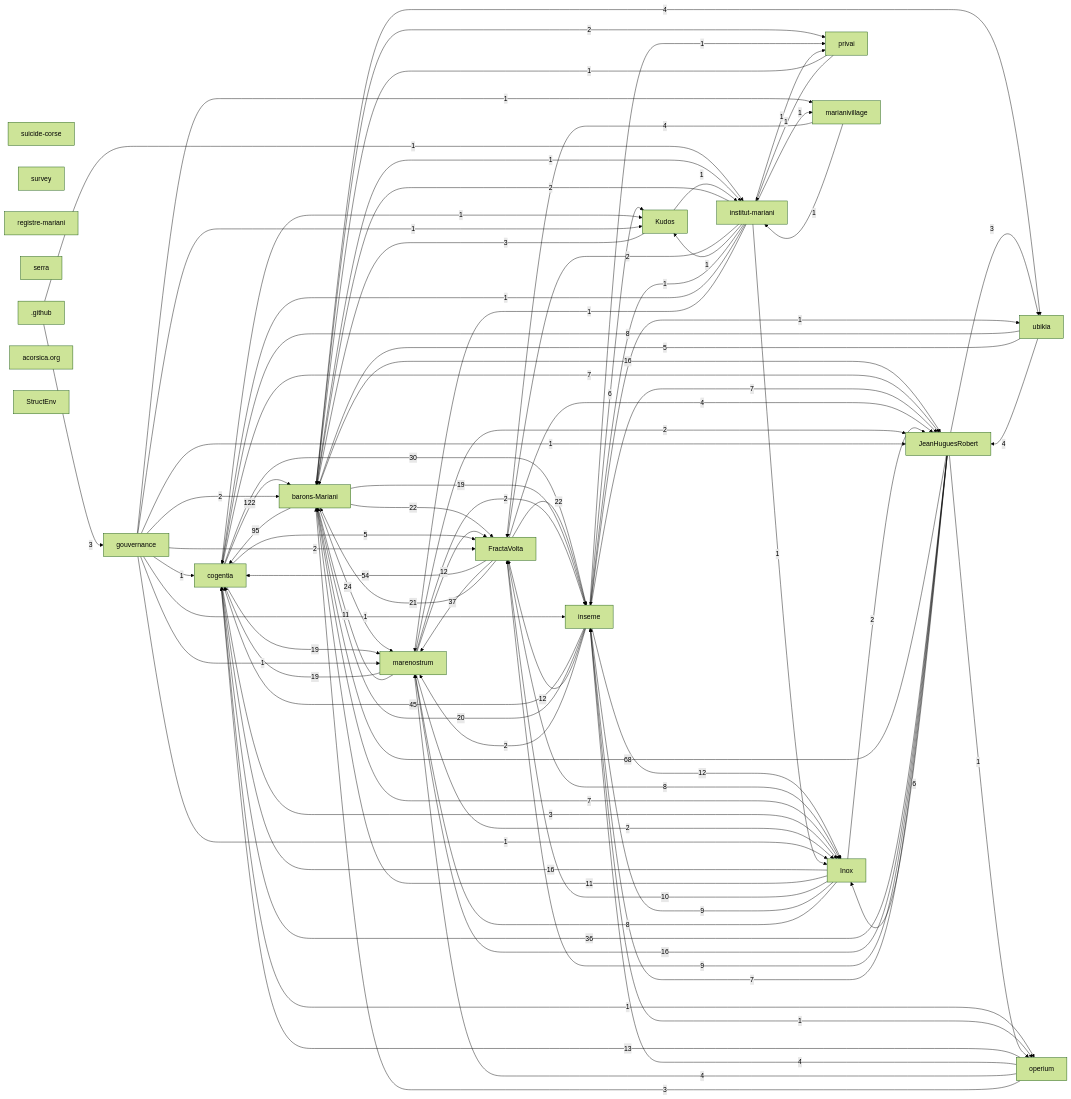
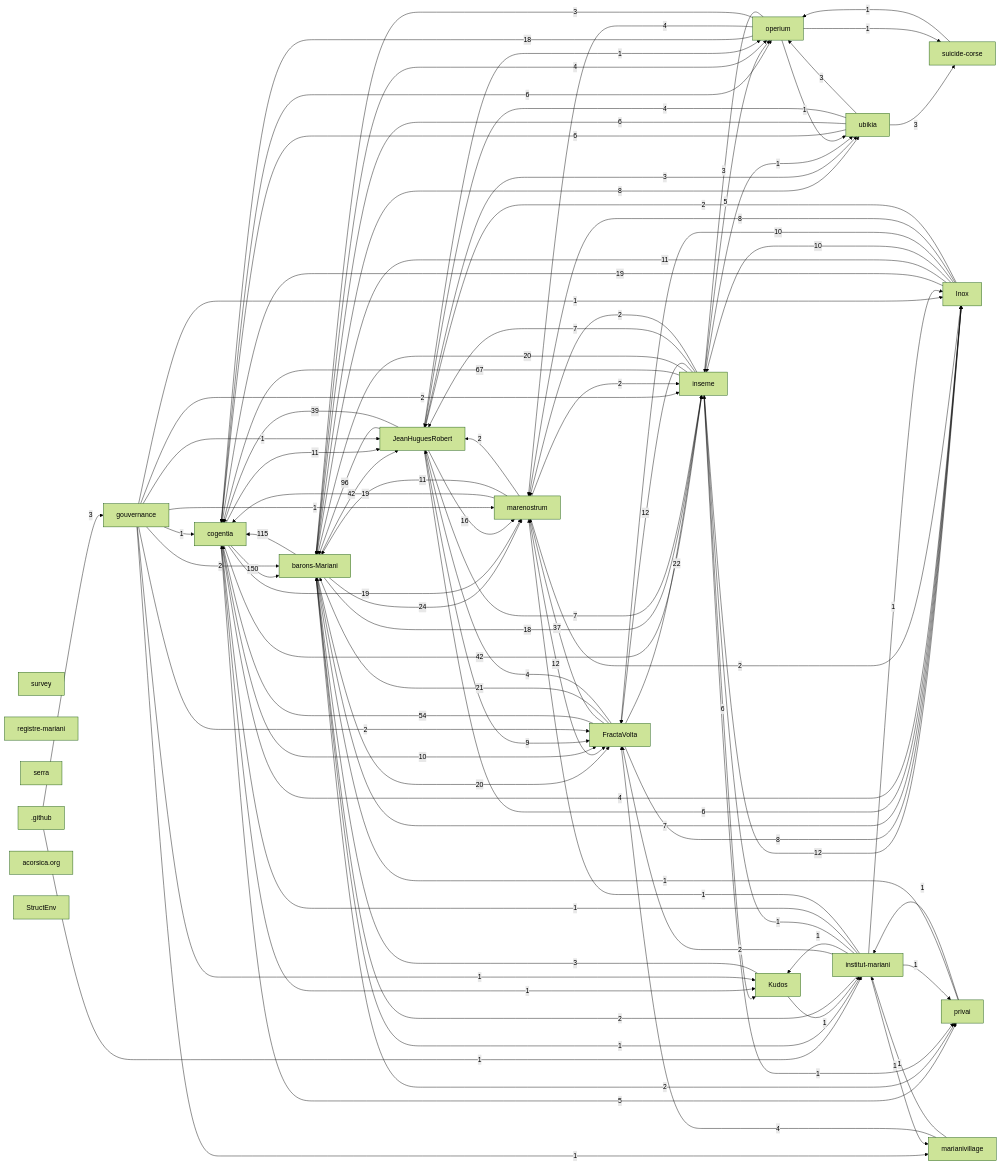
Before and after one commit to JeanHuguesRobert/operium: the first of 2 diagrams in research/corpus-status.md, drawn with Mermaid (forest theme). The commit also changed other lines of this file, not shown here.

Commit message:
docs(corpus): refresh Operium status projection

````diff
--- a/research/corpus-status.md
+++ b/research/corpus-status.md
@@ -73,57 +75,64 @@
   r_github[".github"]
   r_acorsica_org["acorsica.org"]
   r_structenv["StructEnv"]
-  r_cogentia -->|122| r_barons_mariani
-  r_barons_mariani -->|95| r_cogentia
-  r_jeanhuguesrobert -->|68| r_barons_mariani
+  r_cogentia -->|150| r_barons_mariani
+  r_barons_mariani -->|115| r_cogentia
+  r_jeanhuguesrobert -->|96| r_barons_mariani
+  r_inseme -->|67| r_cogentia
   r_fractavolta -->|54| r_cogentia
-  r_inseme -->|45| r_cogentia
+  r_barons_mariani -->|42| r_jeanhuguesrobert
+  r_cogentia -->|42| r_inseme
+  r_jeanhuguesrobert -->|39| r_cogentia
   r_fractavolta -->|37| r_marenostrum
-  r_jeanhuguesrobert -->|36| r_cogentia
-  r_cogentia -->|30| r_inseme
   r_barons_mariani -->|24| r_marenostrum
-  r_barons_mariani -->|22| r_fractavolta
   r_fractavolta -->|22| r_inseme
   r_fractavolta -->|21| r_barons_mariani
+  r_barons_mariani -->|20| r_fractavolta
   r_inseme -->|20| r_barons_mariani
-  r_barons_mariani -->|19| r_inseme
   r_cogentia -->|19| r_marenostrum
+  r_inox -->|19| r_cogentia
   r_marenostrum -->|19| r_cogentia
-  r_barons_mariani -->|16| r_jeanhuguesrobert
-  r_inox -->|16| r_cogentia
+  r_barons_mariani -->|18| r_inseme
+  r_operium -->|18| r_cogentia
   r_jeanhuguesrobert -->|16| r_marenostrum
-  r_operium -->|13| r_cogentia
   r_inseme -->|12| r_fractavolta
   r_inseme -->|12| r_inox
   r_marenostrum -->|12| r_fractavolta
+  r_cogentia -->|11| r_jeanhuguesrobert
   r_inox -->|11| r_barons_mariani
   r_marenostrum -->|11| r_barons_mariani
+  r_cogentia -->|10| r_fractavolta
+  r_inox -->|10| r_inseme
   r_inox -->|10| r_fractavolta
-  r_inox -->|9| r_inseme
   r_jeanhuguesrobert -->|9| r_fractavolta
+  r_barons_mariani -->|8| r_ubikia
   r_fractavolta -->|8| r_inox
   r_inox -->|8| r_marenostrum
-  r_ubikia -->|8| r_cogentia
   r_barons_mariani -->|7| r_inox
-  r_cogentia -->|7| r_jeanhuguesrobert
   r_inseme -->|7| r_jeanhuguesrobert
   r_jeanhuguesrobert -->|7| r_inseme
+  r_cogentia -->|6| r_operium
   r_inseme -->|6| r_kudos
   r_jeanhuguesrobert -->|6| r_inox
-  r_cogentia -->|5| r_fractavolta
-  r_ubikia -->|5| r_barons_mariani
-  r_barons_mariani -->|4| r_ubikia
+  r_ubikia -->|6| r_cogentia
+  r_ubikia -->|6| r_barons_mariani
+  r_cogentia -->|5| r_privai
+  r_inseme -->|5| r_operium
+  r_barons_mariani -->|4| r_operium
+  r_cogentia -->|4| r_inox
   r_fractavolta -->|4| r_jeanhuguesrobert
   r_marianivillage -->|4| r_fractavolta
-  r_operium -->|4| r_inseme
   r_operium -->|4| r_marenostrum
   r_ubikia -->|4| r_jeanhuguesrobert
   r_github -->|3| r_gouvernance
-  r_cogentia -->|3| r_inox
   r_jeanhuguesrobert -->|3| r_ubikia
   r_kudos -->|3| r_barons_mariani
   r_operium -->|3| r_barons_mariani
+  r_operium -->|3| r_inseme
+  r_ubikia -->|3| r_suicide_corse
+  r_ubikia -->|3| r_operium
   r_barons_mariani -->|2| r_privai
+  r_gouvernance -->|2| r_inseme
   r_gouvernance -->|2| r_barons_mariani
   r_gouvernance -->|2| r_fractavolta
   r_inox -->|2| r_jeanhuguesrobert
@@ -135,16 +144,13 @@
   r_marenostrum -->|2| r_inox
   r_github -->|1| r_institut_mariani
   r_barons_mariani -->|1| r_institut_mariani
-  r_cogentia -->|1| r_operium
   r_cogentia -->|1| r_kudos
   r_gouvernance -->|1| r_jeanhuguesrobert
   r_gouvernance -->|1| r_cogentia
-  r_gouvernance -->|1| r_inseme
   r_gouvernance -->|1| r_marenostrum
   r_gouvernance -->|1| r_inox
   r_gouvernance -->|1| r_kudos
   r_gouvernance -->|1| r_marianivillage
-  r_inseme -->|1| r_operium
   r_inseme -->|1| r_privai
   r_inseme -->|1| r_ubikia
   r_institut_mariani -->|1| r_privai
@@ -157,6 +163,9 @@
   r_jeanhuguesrobert -->|1| r_operium
   r_kudos -->|1| r_institut_mariani
   r_marianivillage -->|1| r_institut_mariani
+  r_operium -->|1| r_ubikia
+  r_operium -->|1| r_suicide_corse
   r_privai -->|1| r_barons_mariani
   r_privai -->|1| r_institut_mariani
+  r_suicide_corse -->|1| r_operium
 ```
````
